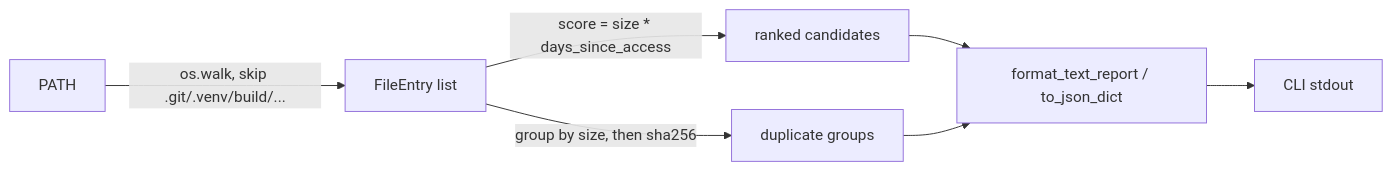
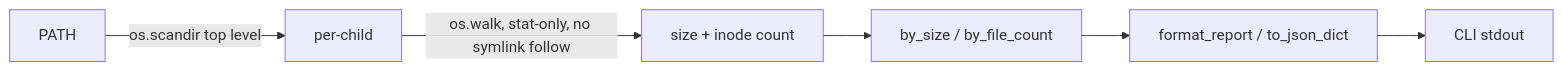
Before and after one commit to scitex-ai/scitex-storage: the diagram in README.md, drawn with Mermaid. The commit also changed other lines of this file and 13 other files, not shown here.

First line of the commit message:
feat: rework scan verb to per-child size + inode inventory (du-storm-safe)

````diff
--- a/README.md
+++ b/README.md
@@ -127,9 +117,8 @@
 ```mermaid
 flowchart LR
-    A[PATH] -->|os.walk, skip .git/.venv/build/...| B[FileEntry list]
-    B -->|score = size * days_since_access| C[ranked candidates]
-    B -->|group by size, then sha256| D[duplicate groups]
-    C --> E[format_text_report / to_json_dict]
-    D --> E
+    A[PATH] -->|os.scandir top level| B[per-child]
+    B -->|os.walk, stat-only, no symlink follow| C[size + inode count]
+    C --> D[by_size / by_file_count]
+    D --> E[format_report / to_json_dict]
     E --> F[CLI stdout]
 ```
````
